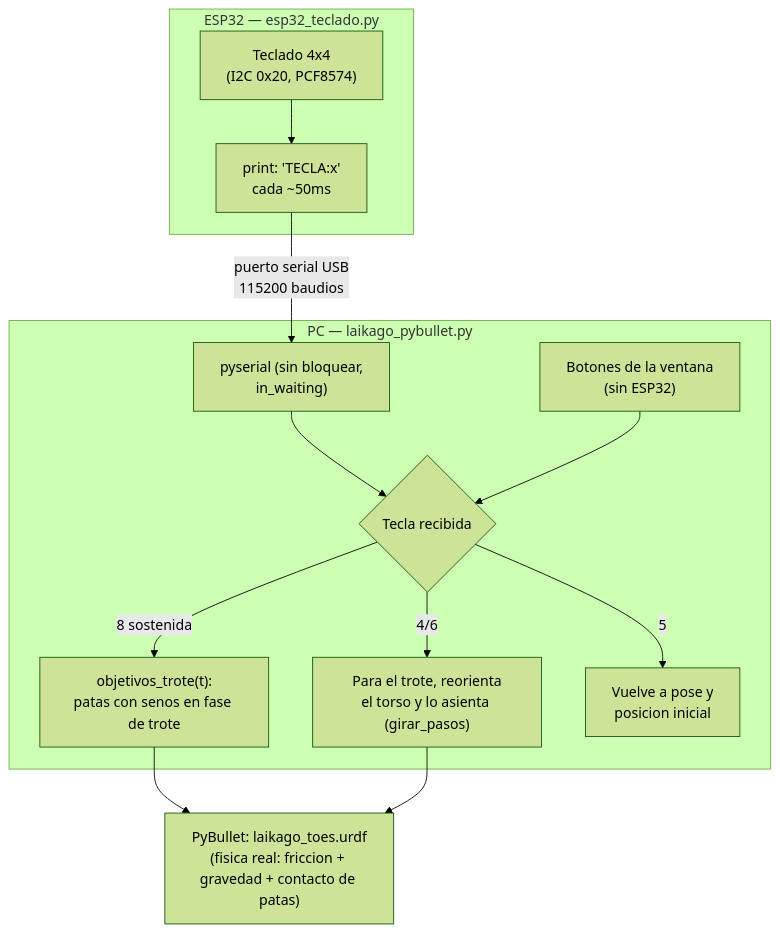
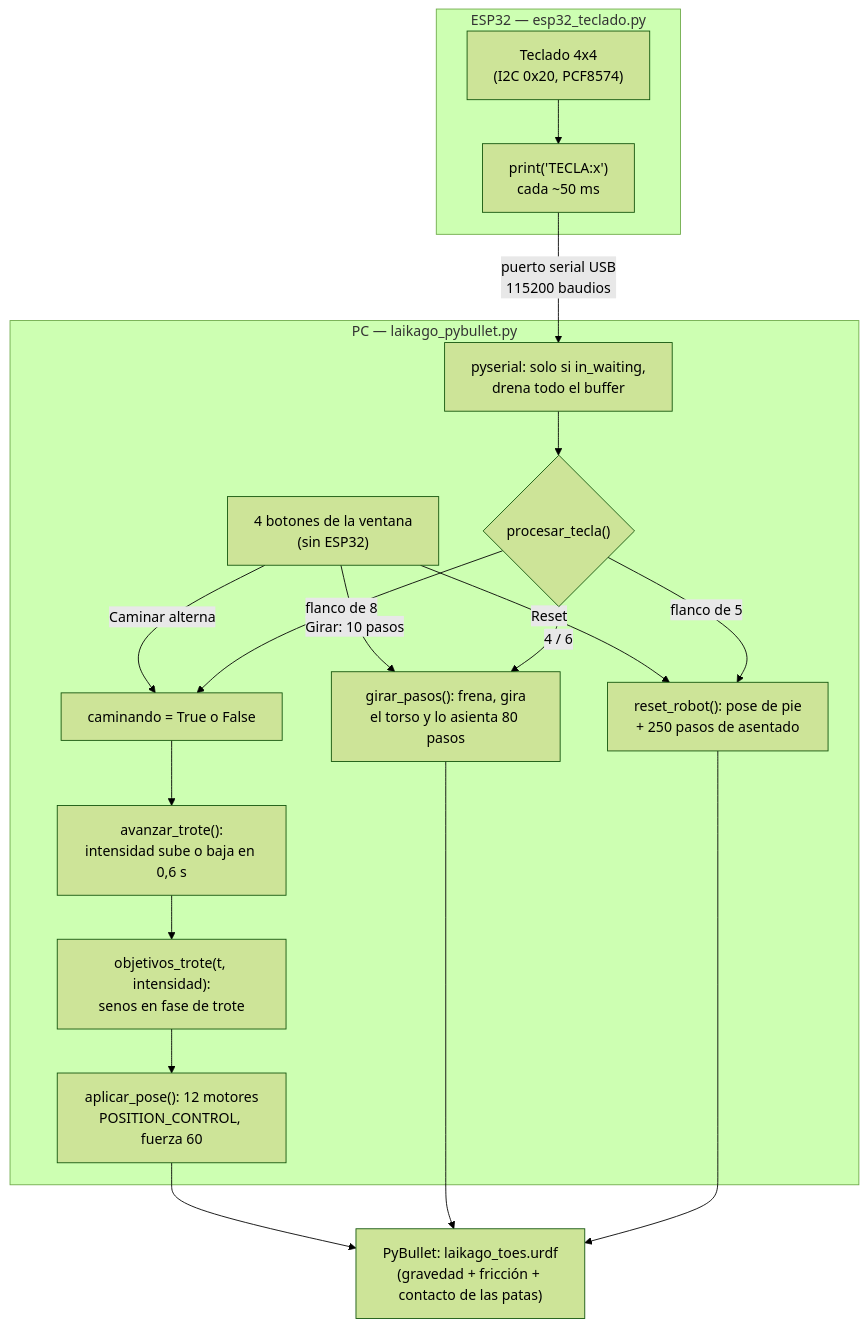
Before and after one commit to Dathinel/Sensores-Teoria: the first of 2 diagrams in 9-taller-segundo-corte/punto-c-locomocion-laikago/README.md, drawn with Mermaid (forest theme). The commit also changed other lines of this file and 154 other files, not shown here.

````diff
--- a/9-taller-segundo-corte/punto-c-locomocion-laikago/README.md
+++ b/9-taller-segundo-corte/punto-c-locomocion-laikago/README.md
@@ -39,19 +105,25 @@
 ```mermaid
 flowchart TD
     subgraph ESP["ESP32 — esp32_teclado.py"]
-        Teclado["Teclado 4x4<br/>(I2C 0x20, PCF8574)"] --> Envia["print: 'TECLA:x'<br/>cada ~50ms"]
+        Teclado["Teclado 4x4<br/>(I2C 0x20, PCF8574)"] --> Envia["print('TECLA:x')<br/>cada ~50 ms"]
     end
 
     Envia -->|"puerto serial USB<br/>115200 baudios"| Recibe
 
     subgraph PC["PC — laikago_pybullet.py"]
-        Recibe["pyserial (sin bloquear,<br/>in_waiting)"] --> Interpreta{"Tecla recibida"}
-        Botones["Botones de la ventana<br/>(sin ESP32)"] --> Interpreta
-        Interpreta -->|"8 sostenida"| CPG["objetivos_trote(t):<br/>patas con senos en fase de trote"]
-        Interpreta -->|"4/6"| Gira["Para el trote, reorienta<br/>el torso y lo asienta (girar_pasos)"]
-        Interpreta -->|"5"| Reset["Vuelve a pose y<br/>posicion inicial"]
+        Recibe["pyserial: solo si in_waiting,<br/>drena todo el buffer"] --> Procesa{"procesar_tecla()"}
+        Botones["4 botones de la ventana<br/>(sin ESP32)"] -->|"Caminar alterna"| Estado
+        Botones -->|"Girar: 10 pasos"| Gira
+        Botones -->|"Reset"| Reset
+        Procesa -->|"flanco de 8"| Estado["caminando = True o False"]
+        Procesa -->|"4 / 6"| Gira["girar_pasos(): frena, gira<br/>el torso y lo asienta 80 pasos"]
+        Procesa -->|"flanco de 5"| Reset["reset_robot(): pose de pie<br/>+ 250 pasos de asentado"]
+        Estado --> Rampa["avanzar_trote():<br/>intensidad sube o baja en 0,6 s"]
+        Rampa --> CPG["objetivos_trote(t, intensidad):<br/>senos en fase de trote"]
+        CPG --> Motores["aplicar_pose(): 12 motores<br/>POSITION_CONTROL, fuerza 60"]
     end
 
-    CPG --> Sim["PyBullet: laikago_toes.urdf<br/>(fisica real: friccion + gravedad + contacto de patas)"]
+    Motores --> Sim["PyBullet: laikago_toes.urdf<br/>(gravedad + fricción + contacto de las patas)"]
     Gira --> Sim
+    Reset --> Sim
 ```
````
